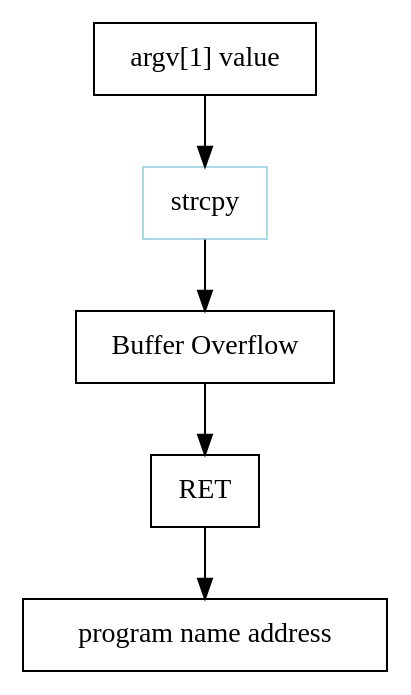
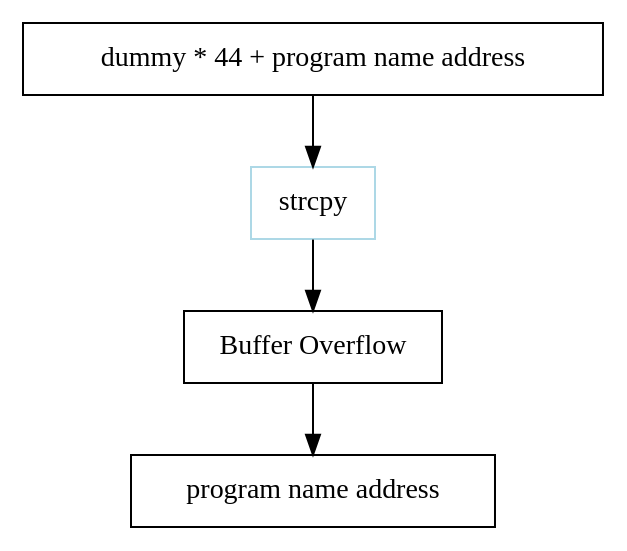
One commit to joizel/ctf_writeup changed the diagram in docs/wargame/pwnable/lob10.rst. Above: the diagram before and after it, drawn with Graphviz. The commit also changed other lines of this file and 11 other files, not shown here.

```diff
--- a/docs/wargame/pwnable/lob10.rst
+++ b/docs/wargame/pwnable/lob10.rst
@@ -6,11 +5,10 @@
 .. graphviz::
 
     digraph foo {
-        a -> b -> c -> d -> e;
+        a -> b -> c -> d;
 
-        a [shape=box, label="argv[1] value"];
+        a [shape=box, label="dummy * 44 + program name address"];
         b [shape=box, color=lightblue, label="strcpy"];
         c [shape=box, label="Buffer Overflow"];
-        d [shape=box, label="RET"];
-        e [shape=box, label="program name address"];
+        d [shape=box, label="program name address"];
     }
```
